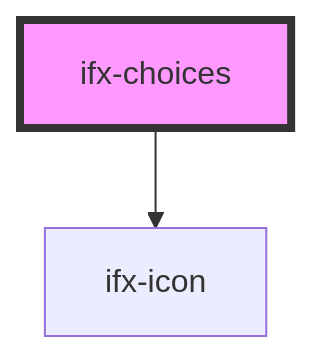
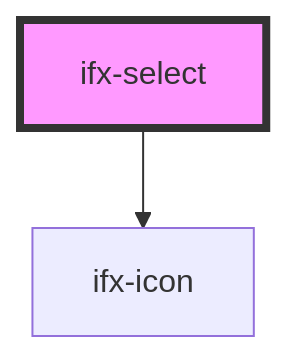
Before and after one commit to Infineon/infineon-design-system-stencil: the diagram in packages/components/src/components/select/readme.md, drawn with Mermaid. The commit also changed other lines of this file and 9 other files, not shown here.

Commit message:
renamed to ifx-select

````diff
--- a/packages/components/src/components/select/readme.md
+++ b/packages/components/src/components/select/readme.md
@@ -282,5 +282,5 @@
 ```mermaid
 graph TD;
-  ifx-choices --> ifx-icon
-  style ifx-choices fill:#f9f,stroke:#333,stroke-width:4px
+  ifx-select --> ifx-icon
+  style ifx-select fill:#f9f,stroke:#333,stroke-width:4px
 ```
````
